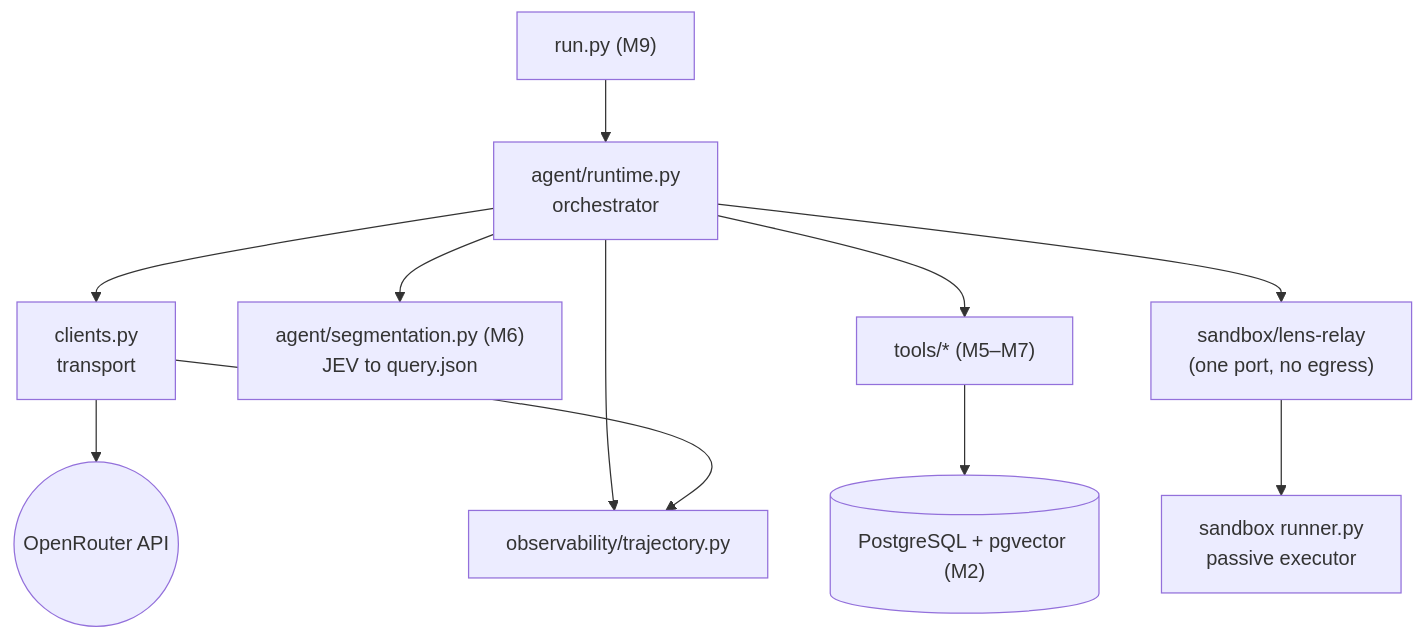
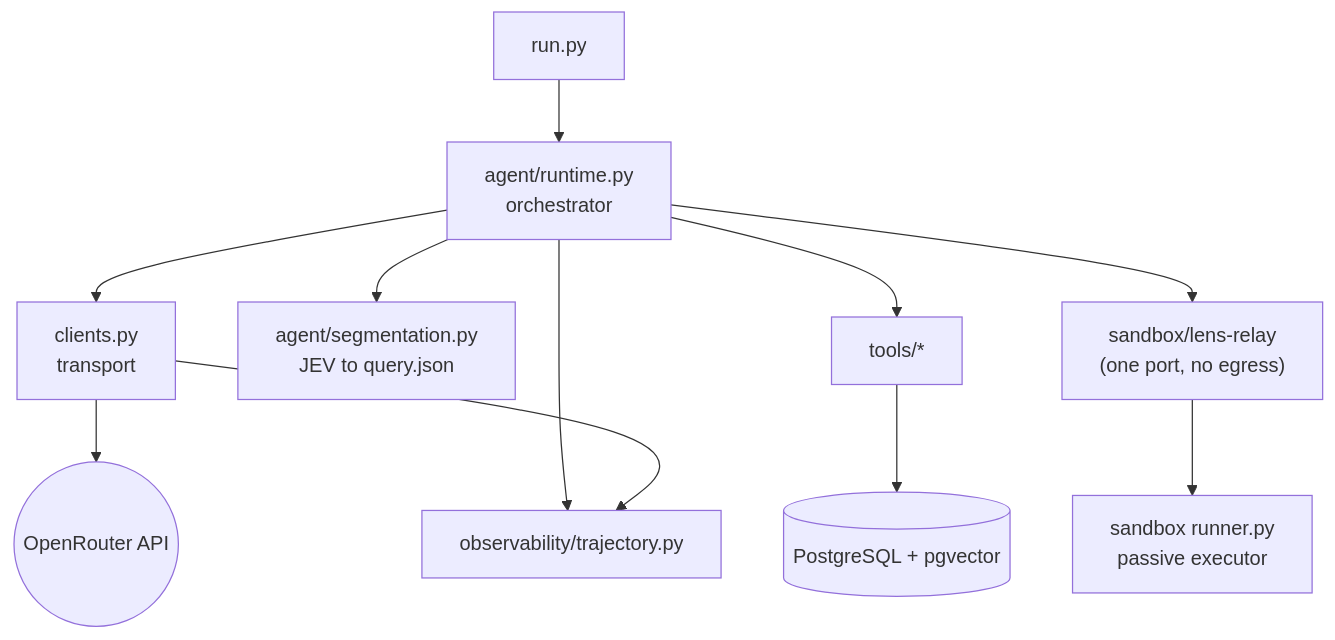
Before and after one commit to RSGzen/LENS: the fifth of 6 diagrams in docs/ARCHITECTURE.md, drawn with Mermaid. The commit also changed other lines of this file and 2 other files, not shown here.

First line of the commit message:
docs(refs): drop external document references — ARCHITECTURE.md, REBUILD.md, ontology.md

````diff
--- a/docs/ARCHITECTURE.md
+++ b/docs/ARCHITECTURE.md
@@ -520,13 +515,13 @@
 ```mermaid
 flowchart TD
-    run["run.py (M9)"] --> runtime["agent/runtime.py<br/>orchestrator"]
+    run["run.py"] --> runtime["agent/runtime.py<br/>orchestrator"]
     runtime --> clients["clients.py<br/>transport"]
     clients --> ornet(("OpenRouter API"))
-    runtime --> seg["agent/segmentation.py (M6)<br/>JEV to query.json"]
-    runtime --> tools["tools/* (M5–M7)"]
-    tools --> db[("PostgreSQL + pgvector (M2)")]
+    runtime --> seg["agent/segmentation.py<br/>JEV to query.json"]
+    runtime --> tools["tools/*"]
+    tools --> db[("PostgreSQL + pgvector")]
     runtime --> traj["observability/trajectory.py"]
     clients --> traj
     runtime --> relay["sandbox/lens-relay<br/>(one port, no egress)"]
     relay --> sbx["sandbox runner.py<br/>passive executor"]
 ```
````
